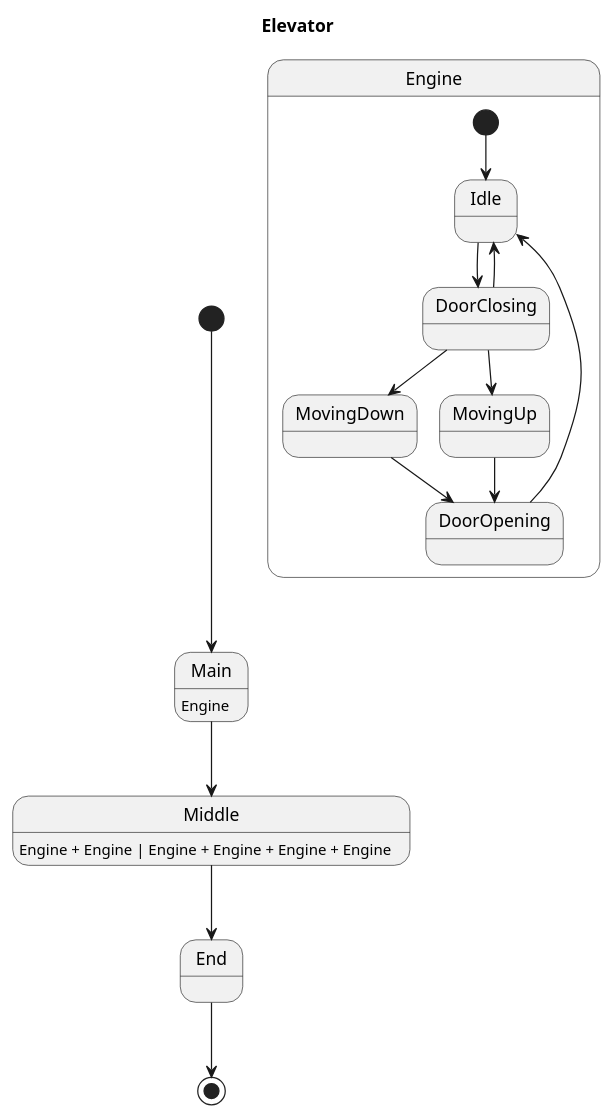
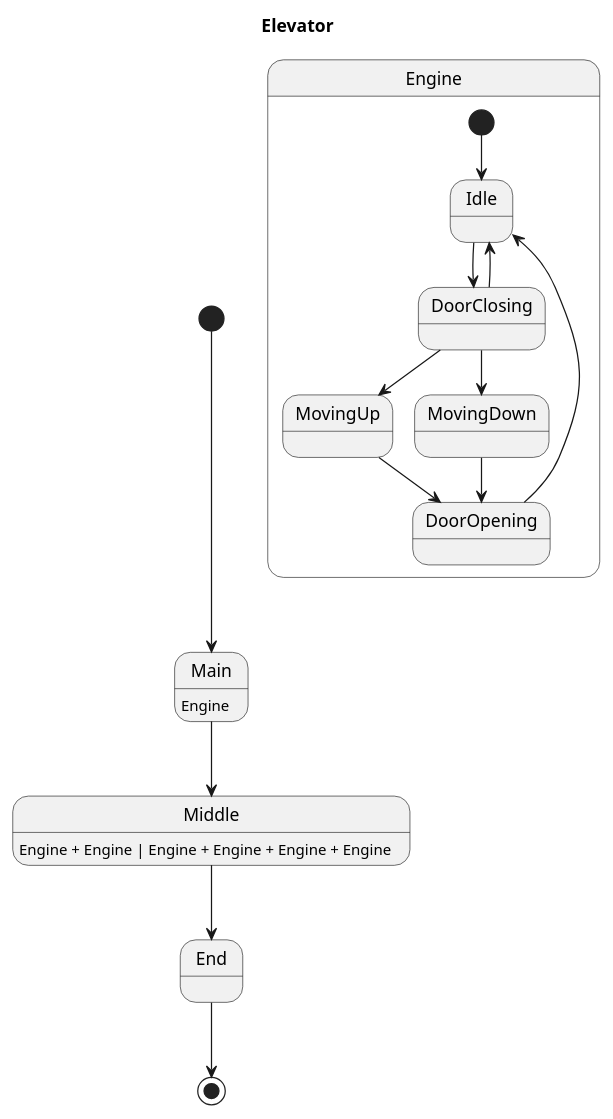
One commit to Pastor/Takt changed the diagram in examples/generated/plantuml/elevator.puml. Above: the diagram before and after it, drawn with PlantUML. The commit also changed other lines of this file and 23 other files, not shown here.

```diff
--- a/examples/generated/plantuml/elevator.puml
+++ b/examples/generated/plantuml/elevator.puml
@@ -1,22 +1,22 @@
 @startuml
 title Elevator
 
 [*] --> Main
 Main : Engine
 Main --> Middle
+End --> [*]
 Middle : Engine + Engine | Engine + Engine + Engine + Engine
 Middle --> End
-End --> [*]
 
 state Engine {
     [*] --> Idle
-    MovingDown --> DoorOpening
     MovingUp --> DoorOpening
     DoorClosing --> Idle
     DoorClosing --> MovingUp
     DoorClosing --> MovingDown
+    Idle --> DoorClosing
+    MovingDown --> DoorOpening
     DoorOpening --> Idle
-    Idle --> DoorClosing
 }
 
 @enduml
```
